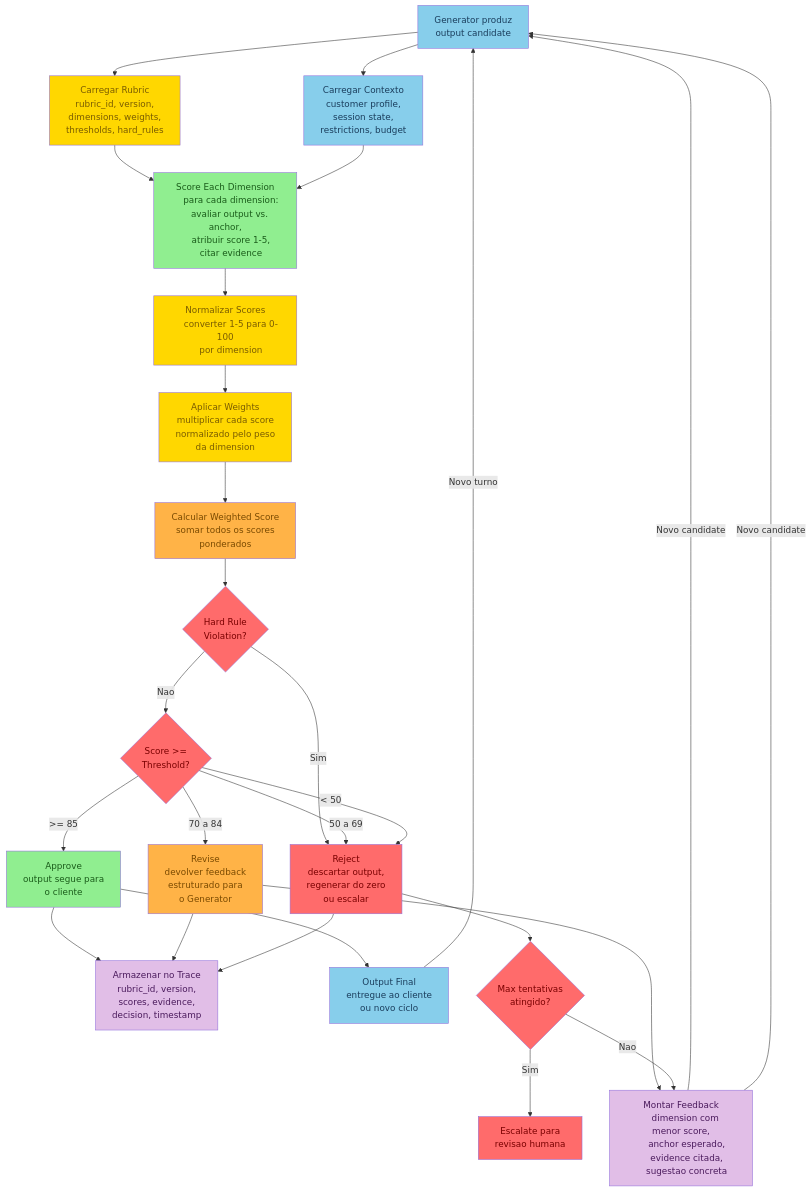
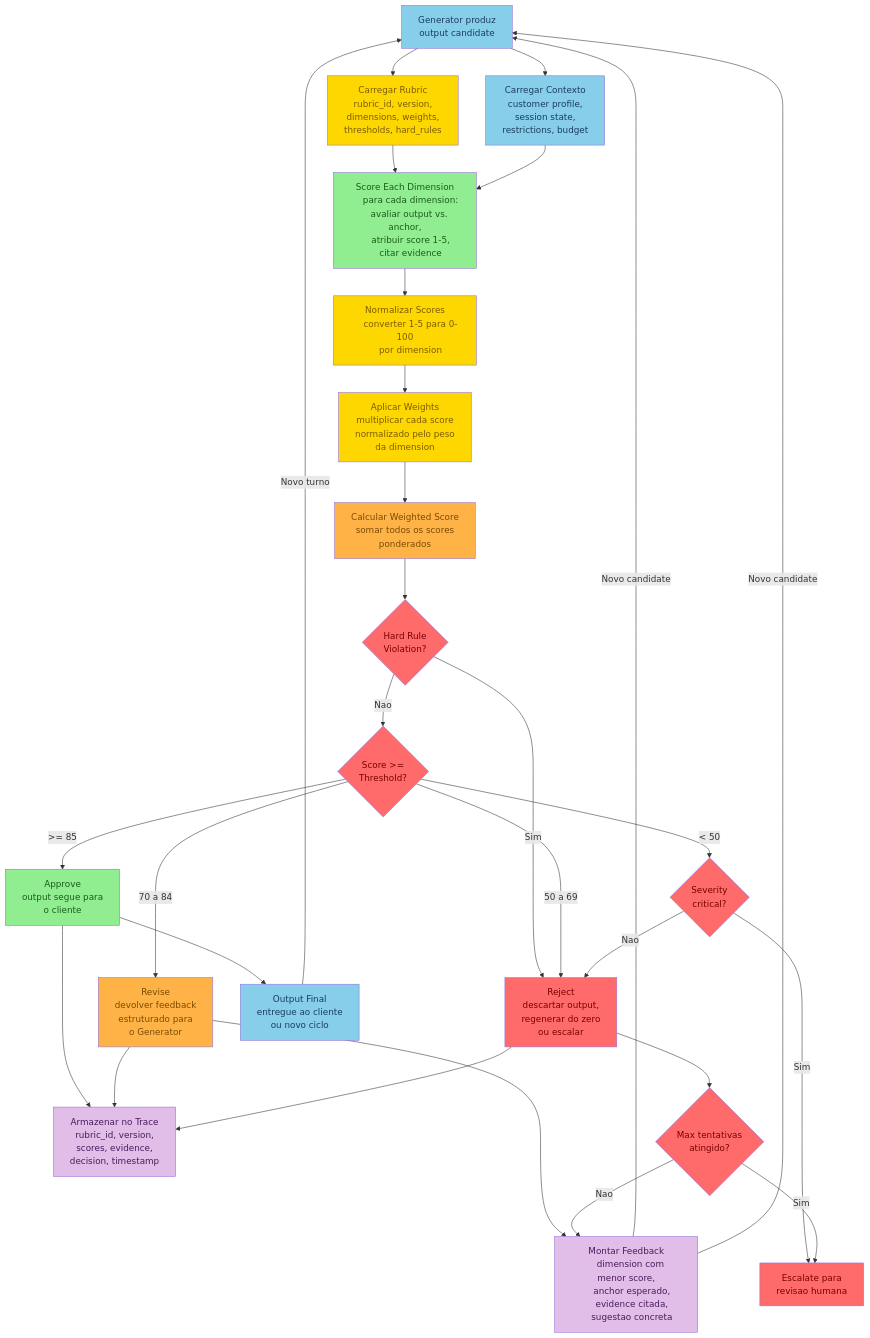
The second of 3 diagrams in curriculum/06-knowledge-graphs/detailed-graphs/evaluation-rubrics-graphs.md (pavani06/long-running-agents), drawn with Mermaid before and after one commit. The commit also changed other lines of this file, not shown here.

First line of the commit message:
fixup! docs(knowledge-graphs): add evaluation-rubrics detailed graph with 3 Mermaid diagrams

```diff
--- a/curriculum/06-knowledge-graphs/detailed-graphs/evaluation-rubrics-graphs.md
+++ b/curriculum/06-knowledge-graphs/detailed-graphs/evaluation-rubrics-graphs.md
@@ -389,6 +389,8 @@
     Violation?"}
     THRESH{"Score >=
     Threshold?"}
+    SEV{"Severity
+    critical?"}
     APPR["Approve
     output segue para
     o cliente"]
@@ -430,7 +432,9 @@
     THRESH -->|">= 85"| APPR
     THRESH -->|"70 a 84"| REV
     THRESH -->|"50 a 69"| REJ
-    THRESH -->|"< 50"| REJ
+    THRESH -->|"< 50"| SEV
+    SEV -->|Nao| REJ
+    SEV -->|Sim| ESC
     APPR --> TRACE
     APPR --> OUT
     REV --> TRACE
@@ -452,6 +456,7 @@
     style SUM fill:#FFB347,color:#7a4a00
     style HARD fill:#FF6B6B,color:#7a0000
     style THRESH fill:#FF6B6B,color:#7a0000
+    style SEV fill:#FF6B6B,color:#7a0000
     style APPR fill:#90EE90,color:#1a5c1a
     style REV fill:#FFB347,color:#7a4a00
     style REJ fill:#FF6B6B,color:#7a0000
```
